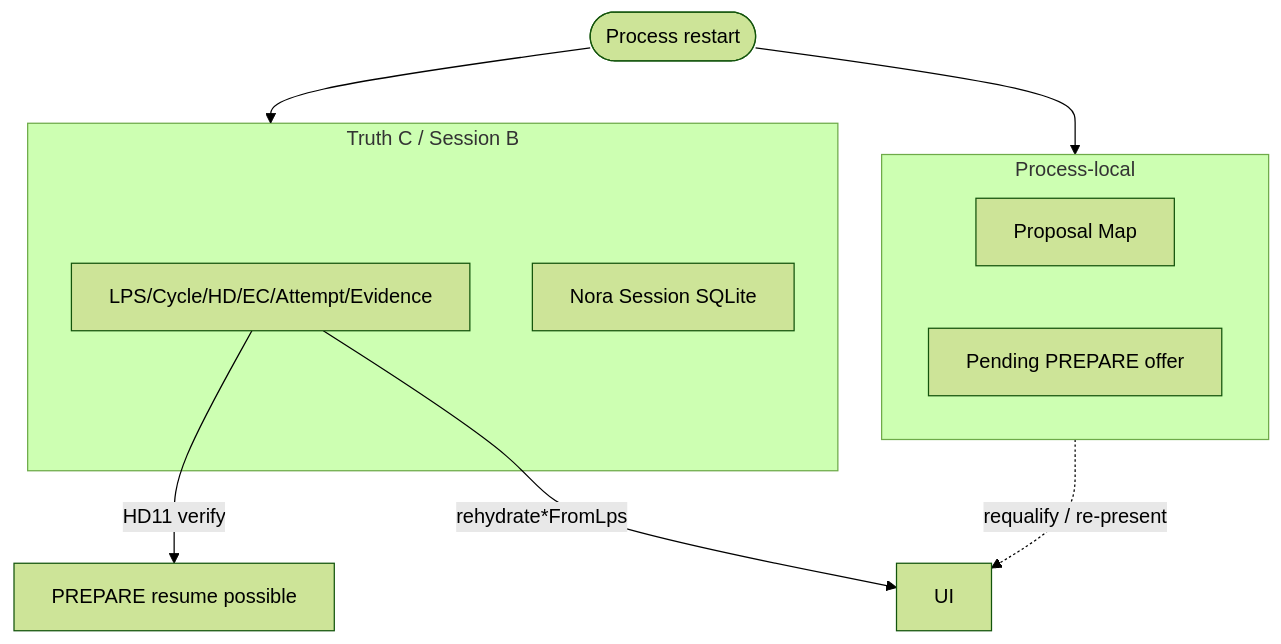
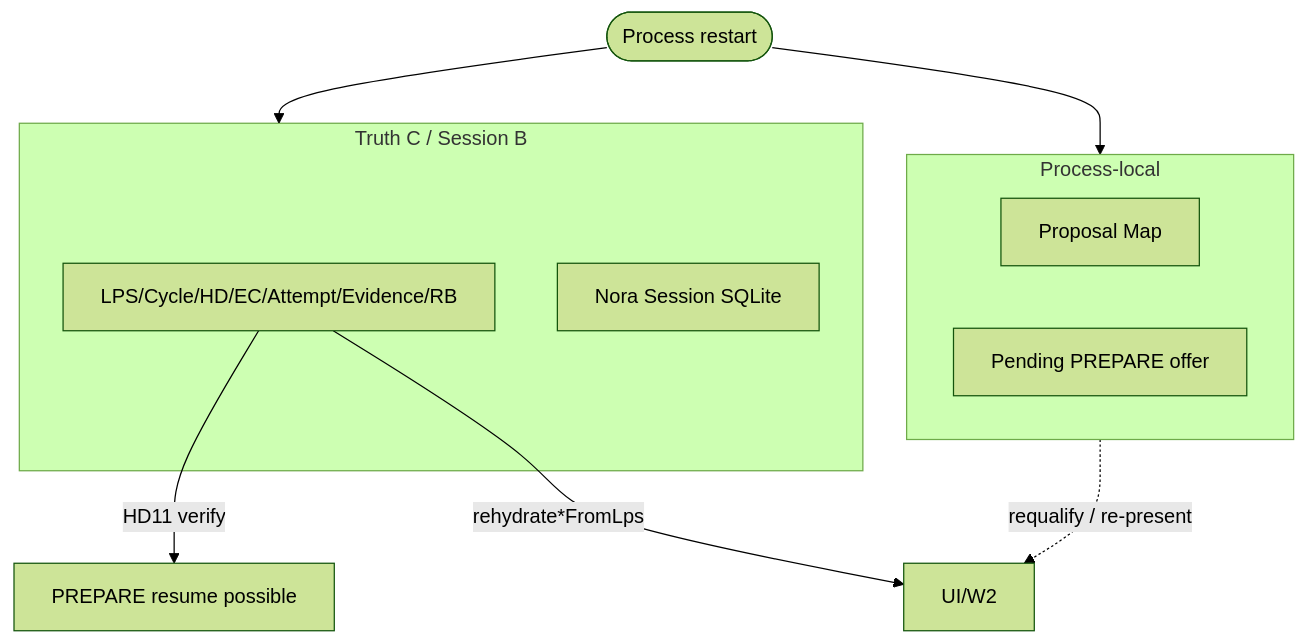
Before and after one commit to mcleland147/sfia-workspace: the fourth of 4 diagrams in sfia-review-handoff/latest-chatgpt-review.md, drawn with Mermaid (forest theme). The commit also changed other lines of this file, not shown here.

````diff
--- a/sfia-review-handoff/latest-chatgpt-review.md
+++ b/sfia-review-handoff/latest-chatgpt-review.md
@@ -402,16 +409,16 @@
 ```mermaid
 flowchart TB
   subgraph Durable["Truth C / Session B"]
-    LPS[LPS/Cycle/HD/EC/Attempt/Evidence]
+    LPS[LPS/Cycle/HD/EC/Attempt/Evidence/RB]
     NS[Nora Session SQLite]
   end
   subgraph Lost["Process-local"]
     PROP[Proposal Map]
     OFF[Pending PREPARE offer]
   end
   Restart([Process restart]) --> Durable
   Restart --> Lost
-  Lost -.->|requalify / re-present| UI[UI]
+  Lost -.->|requalify / re-present| UI[UI/W2]
   LPS -->|HD11 verify| PREP[PREPARE resume possible]
   LPS -->|rehydrate*FromLps| UI
 ```
````
